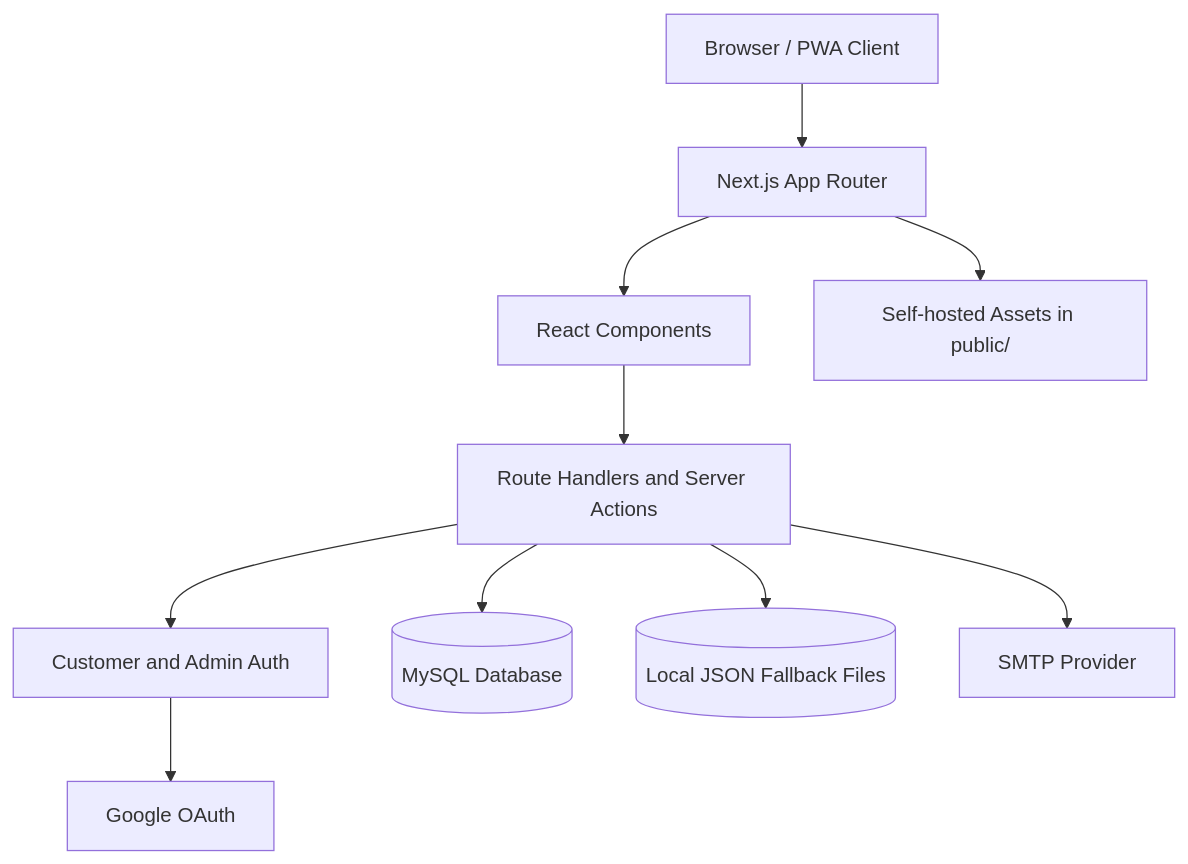
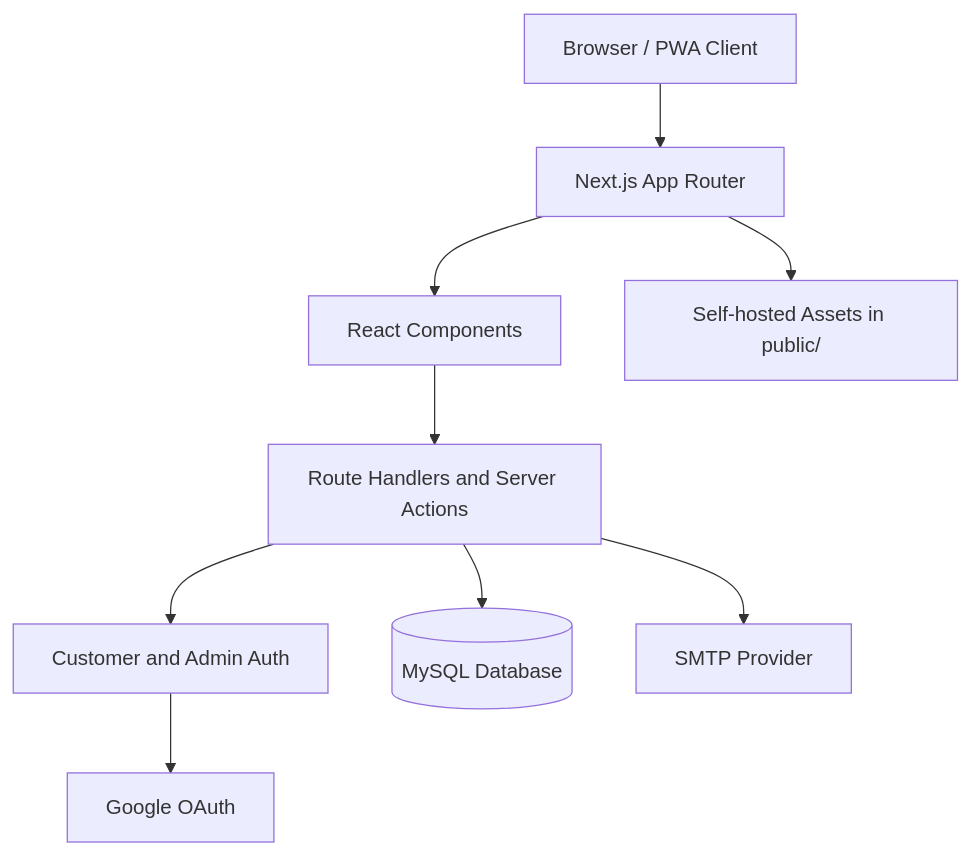
One commit to Darkguyaiman/APEX-E-Commerce changed the first of 2 diagrams in README.md. Above: the diagram before and after it, drawn with Mermaid. The commit also changed other lines of this file and 5 other files, not shown here.

````diff
--- a/README.md
+++ b/README.md
@@ -33,23 +32,21 @@
 ```mermaid
 flowchart TD
     Browser[Browser / PWA Client]
     App[Next.js App Router]
     UI[React Components]
     API[Route Handlers and Server Actions]
     Auth[Customer and Admin Auth]
     DB[(MySQL Database)]
-    Fallback[(Local JSON Fallback Files)]
     SMTP[SMTP Provider]
     OAuth[Google OAuth]
     Public[Self-hosted Assets in public/]
 
     Browser --> App
     App --> UI
     UI --> API
     API --> Auth
     API --> DB
-    API --> Fallback
     API --> SMTP
     Auth --> OAuth
     App --> Public
 ```
````
